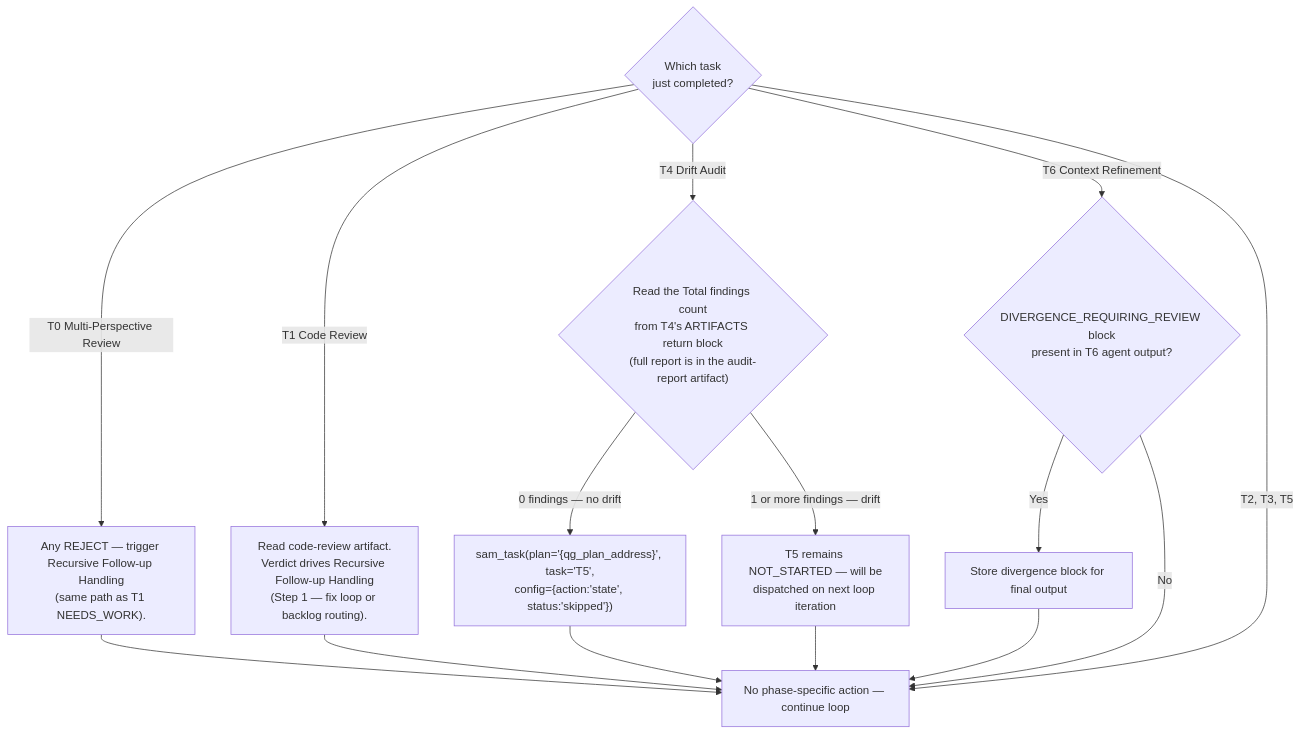
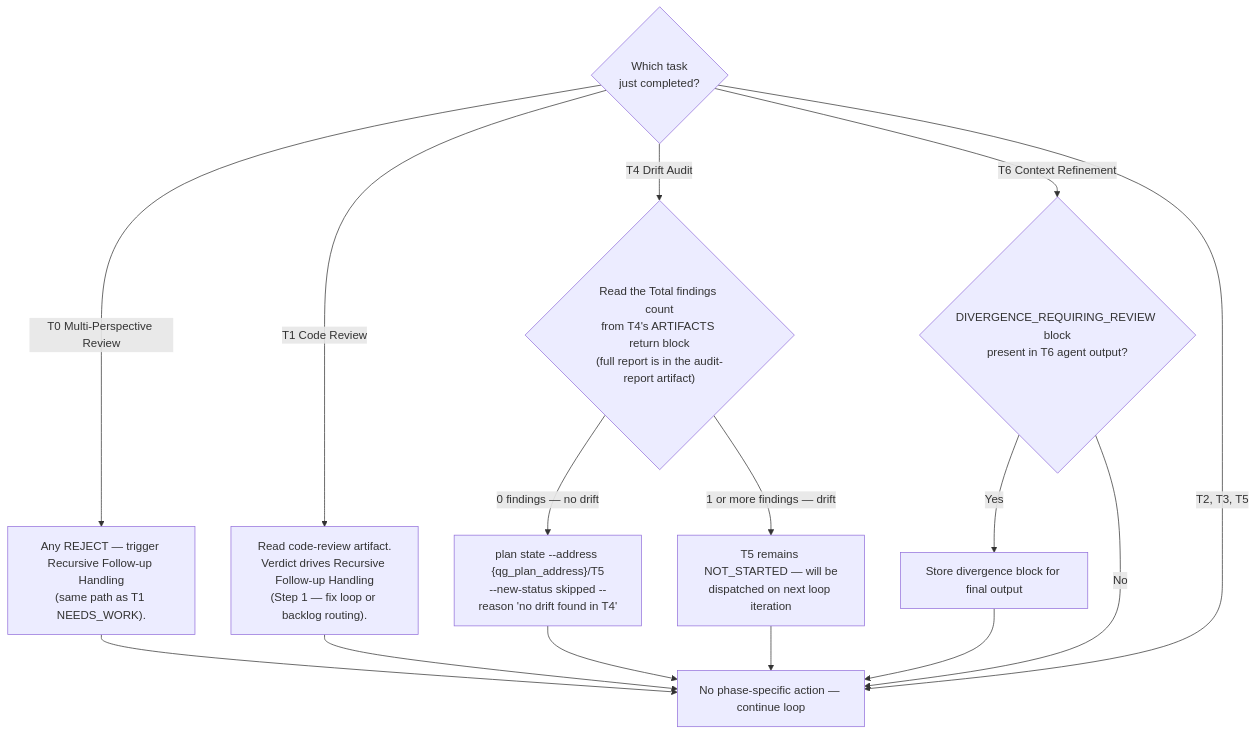
The sixth of 6 diagrams in plugins/development-harness/skills/complete-implementation/SKILL.md (Jamie-BitFlight/claude_skills), drawn with Mermaid before and after one commit. The commit also changed other lines of this file and 358 other files, not shown here.

First line of the commit message:
fix(dh): gate task completion on the worker's report, plus drift guards (#3427)

````diff
--- a/plugins/development-harness/skills/complete-implementation/SKILL.md
+++ b/plugins/development-harness/skills/complete-implementation/SKILL.md
@@ -491,18 +474,18 @@
 ```mermaid
 flowchart TD
     Done{Which task<br>just completed?}
     Done -->|T0 Multi-Perspective Review| T0Post["Any REJECT — trigger Recursive Follow-up Handling<br>(same path as T1 NEEDS_WORK)."]
     Done -->|T1 Code Review| T1Post["Read code-review artifact.<br>Verdict drives Recursive Follow-up Handling<br>(Step 1 — fix loop or backlog routing)."]
     Done -->|T4 Drift Audit| T4Post{"Read the Total findings count<br>from T4's ARTIFACTS return block<br>(full report is in the audit-report artifact)"}
-    T4Post -->|"0 findings — no drift"| SkipT5["sam_task(plan='{qg_plan_address}', task='T5',<br>config={action:'state', status:'skipped'})"]
+    T4Post -->|"0 findings — no drift"| SkipT5["plan state --address {qg_plan_address}/T5<br>--new-status skipped --reason 'no drift found in T4'"]
     T4Post -->|"1 or more findings — drift"| T5Ready["T5 remains NOT_STARTED — will be<br>dispatched on next loop iteration"]
     Done -->|T6 Context Refinement| T6Post{"DIVERGENCE_REQUIRING_REVIEW block<br>present in T6 agent output?"}
     T6Post -->|"Yes"| StoreDiv["Store divergence block for final output"]
     T6Post -->|"No"| Continue["No phase-specific action — continue loop"]
     Done -->|"T2, T3, T5"| Continue
     T0Post --> Continue
     T1Post --> Continue
     SkipT5 --> Continue
     T5Ready --> Continue
     StoreDiv --> Continue
 ```
````
